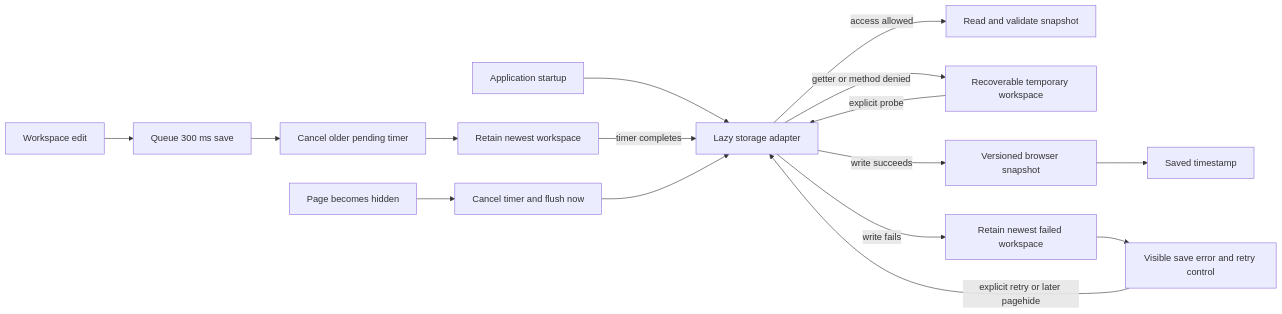
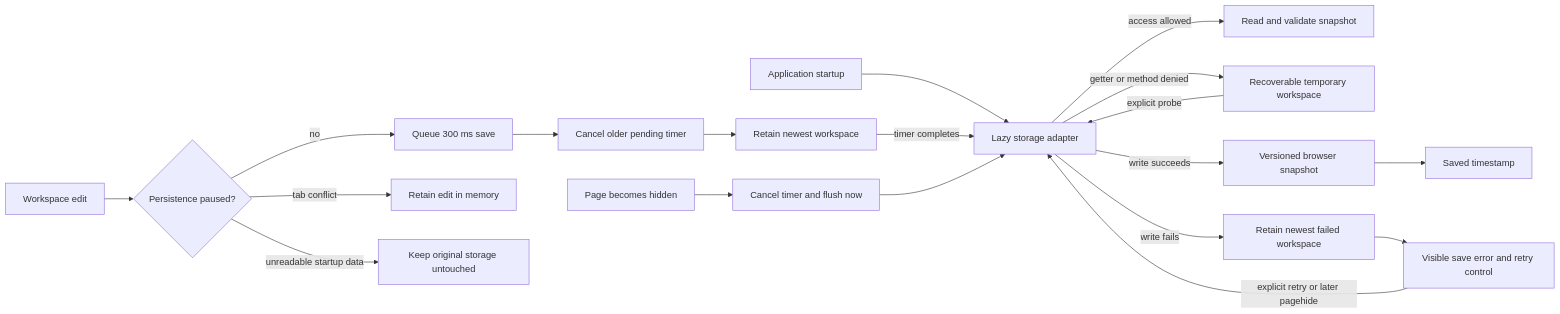
Diagram 13 of 15 in signalforge/docs/architecture.md (ASKR04/JavaScript), drawn with Mermaid before and after one commit. The commit also changed other lines of this file and 6 other files, not shown here.

Commit message:
fix(signalforge): keep tab conflicts paused

````diff
--- a/signalforge/docs/architecture.md
+++ b/signalforge/docs/architecture.md
@@ -245,18 +245,21 @@
 ```mermaid
 flowchart LR
     Start["Application startup"] --> Adapter["Lazy storage adapter"]
     Adapter -->|access allowed| Read["Read and validate snapshot"]
     Adapter -->|getter or method denied| Temporary["Recoverable temporary workspace"]
     Temporary -->|explicit probe| Adapter
-    Edit["Workspace edit"] --> Queue["Queue 300 ms save"]
+    Edit["Workspace edit"] --> Guard{"Persistence paused?"}
+    Guard -->|no| Queue["Queue 300 ms save"]
+    Guard -->|tab conflict| Conflict["Retain edit in memory"]
+    Guard -->|unreadable startup data| Preserve["Keep original storage untouched"]
     Queue --> Replace["Cancel older pending timer"]
     Replace --> Latest["Retain newest workspace"]
     Latest -->|timer completes| Adapter
     PageHide["Page becomes hidden"] --> Flush["Cancel timer and flush now"]
     Flush --> Adapter
     Adapter -->|write succeeds| Storage["Versioned browser snapshot"]
     Storage --> Saved["Saved timestamp"]
     Adapter -->|write fails| Recovery["Retain newest failed workspace"]
     Recovery --> Error["Visible save error and retry control"]
     Error -->|explicit retry or later pagehide| Adapter
 ```
````
